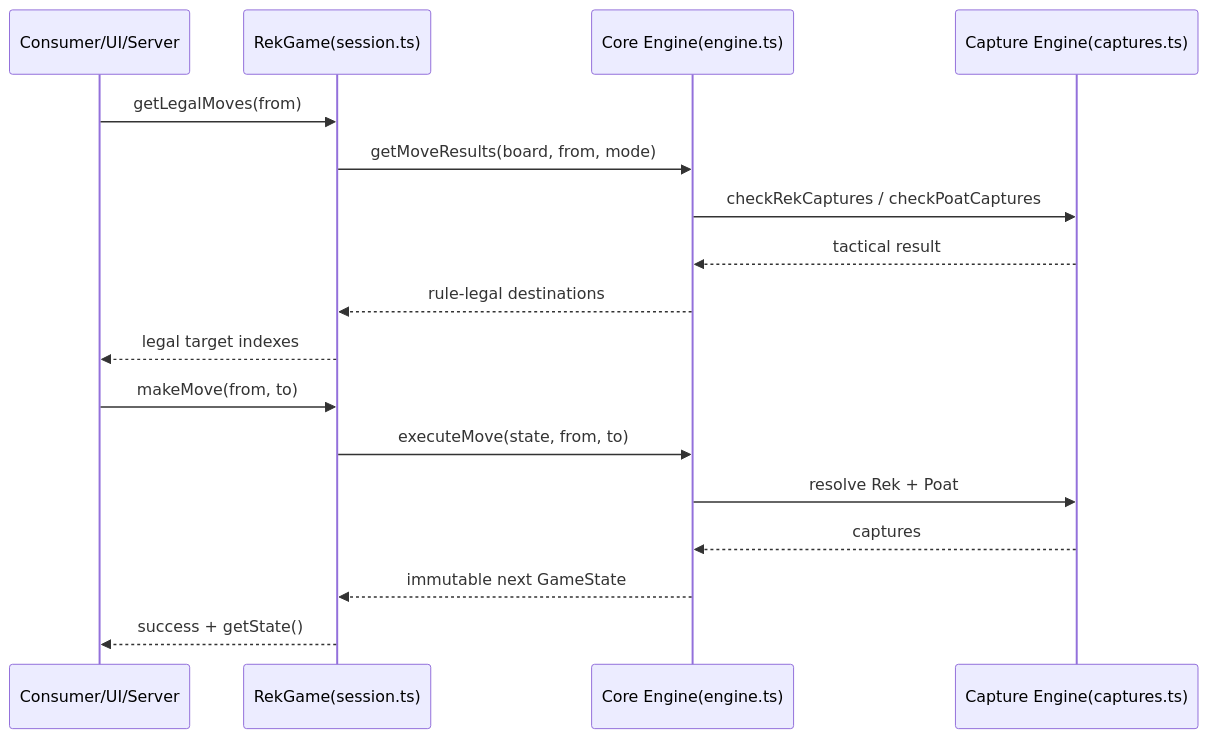
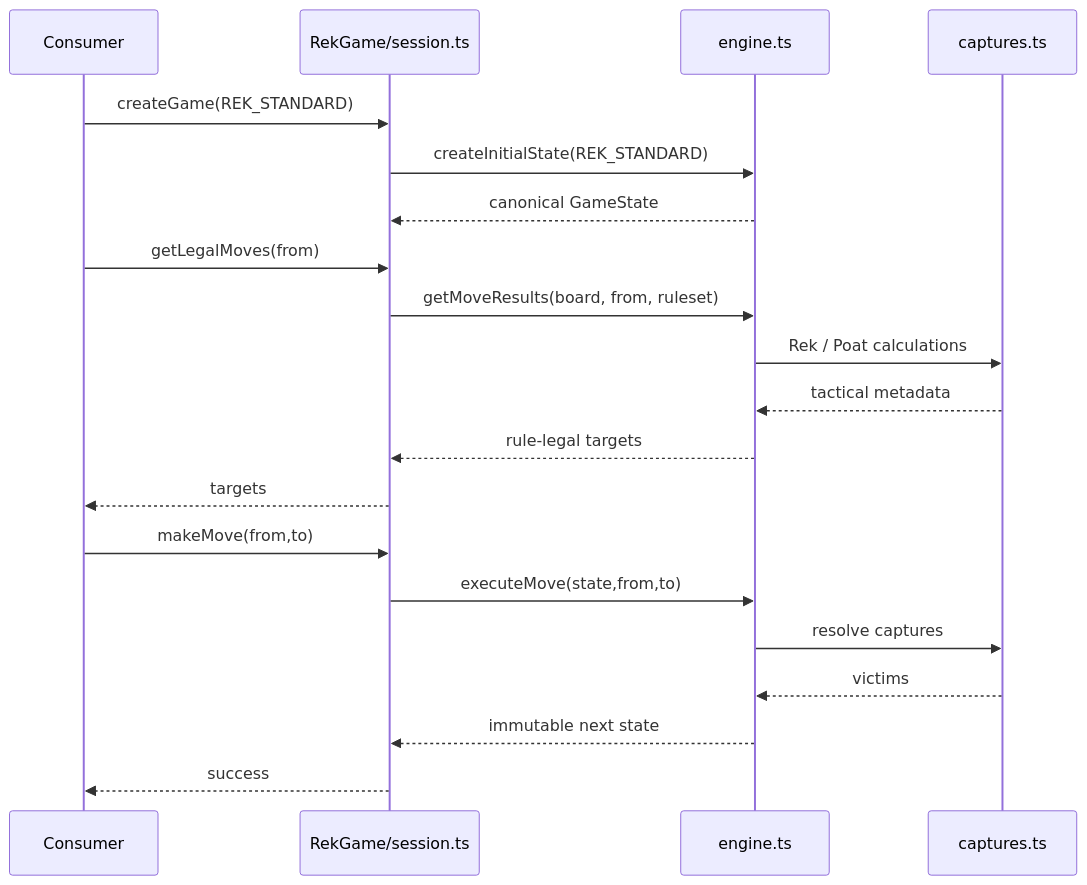
Before and after one commit to machxanht/Rek-Khmer-Chess: the second of 7 diagrams in ENGINE_ARCHITECTURE_REK_KHMER.md, drawn with Mermaid. The commit also changed other lines of this file and 13 other files, not shown here.

First line of the commit message:
refactor(engine): canonicalize Rek ruleset naming

````diff
--- a/ENGINE_ARCHITECTURE_REK_KHMER.md
+++ b/ENGINE_ARCHITECTURE_REK_KHMER.md
@@ -82,21 +111,25 @@
 ```mermaid
 sequenceDiagram
-    participant C as Consumer/UI/Server
-    participant G as RekGame(session.ts)
-    participant E as Core Engine(engine.ts)
-    participant X as Capture Engine(captures.ts)
+    participant C as Consumer
+    participant S as RekGame/session.ts
+    participant E as engine.ts
+    participant X as captures.ts
 
-    C->>G: getLegalMoves(from)
-    G->>E: getMoveResults(board, from, mode)
-    E->>X: checkRekCaptures / checkPoatCaptures
-    X-->>E: tactical result
-    E-->>G: rule-legal destinations
-    G-->>C: legal target indexes
+    C->>S: createGame(REK_STANDARD)
+    S->>E: createInitialState(REK_STANDARD)
+    E-->>S: canonical GameState
 
-    C->>G: makeMove(from, to)
-    G->>E: executeMove(state, from, to)
-    E->>X: resolve Rek + Poat
-    X-->>E: captures
-    E-->>G: immutable next GameState
-    G-->>C: success + getState()
+    C->>S: getLegalMoves(from)
+    S->>E: getMoveResults(board, from, ruleset)
+    E->>X: Rek / Poat calculations
+    X-->>E: tactical metadata
+    E-->>S: rule-legal targets
+    S-->>C: targets
+
+    C->>S: makeMove(from,to)
+    S->>E: executeMove(state,from,to)
+    E->>X: resolve captures
+    X-->>E: victims
+    E-->>S: immutable next state
+    S-->>C: success
 ```
````
